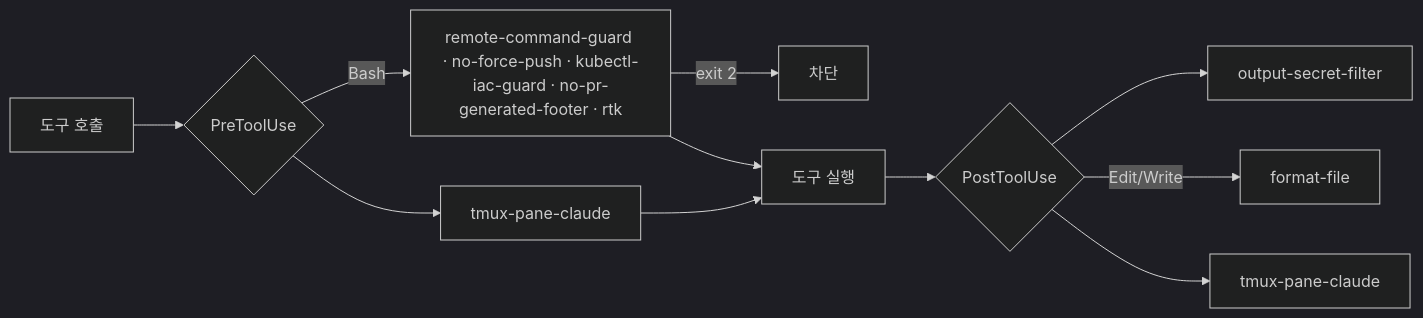
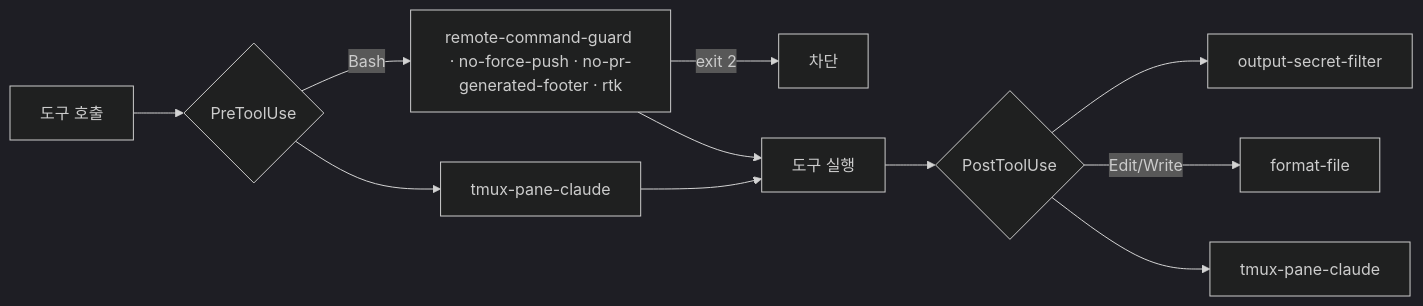
The first of 2 diagrams in claude/.claude/README.md (byunghak/.dotfiles), drawn with Mermaid (dark theme) before and after one commit. The commit also changed other lines of this file and 12 other files, not shown here.

````diff
--- a/claude/.claude/README.md
+++ b/claude/.claude/README.md
@@ -61,13 +61,13 @@
 ```mermaid
 flowchart LR
   A[도구 호출] --> B{PreToolUse}
-  B -->|Bash| G[remote-command-guard · no-force-push · kubectl-iac-guard · no-pr-generated-footer · rtk]
+  B -->|Bash| G[remote-command-guard · no-force-push · no-pr-generated-footer · rtk]
   B --> T[tmux-pane-claude]
   G -->|exit 2| X[차단]
   G --> R[도구 실행]
   T --> R
   R --> C{PostToolUse}
   C --> S[output-secret-filter]
   C -->|Edit/Write| F[format-file]
   C --> T2[tmux-pane-claude]
 ```
````
